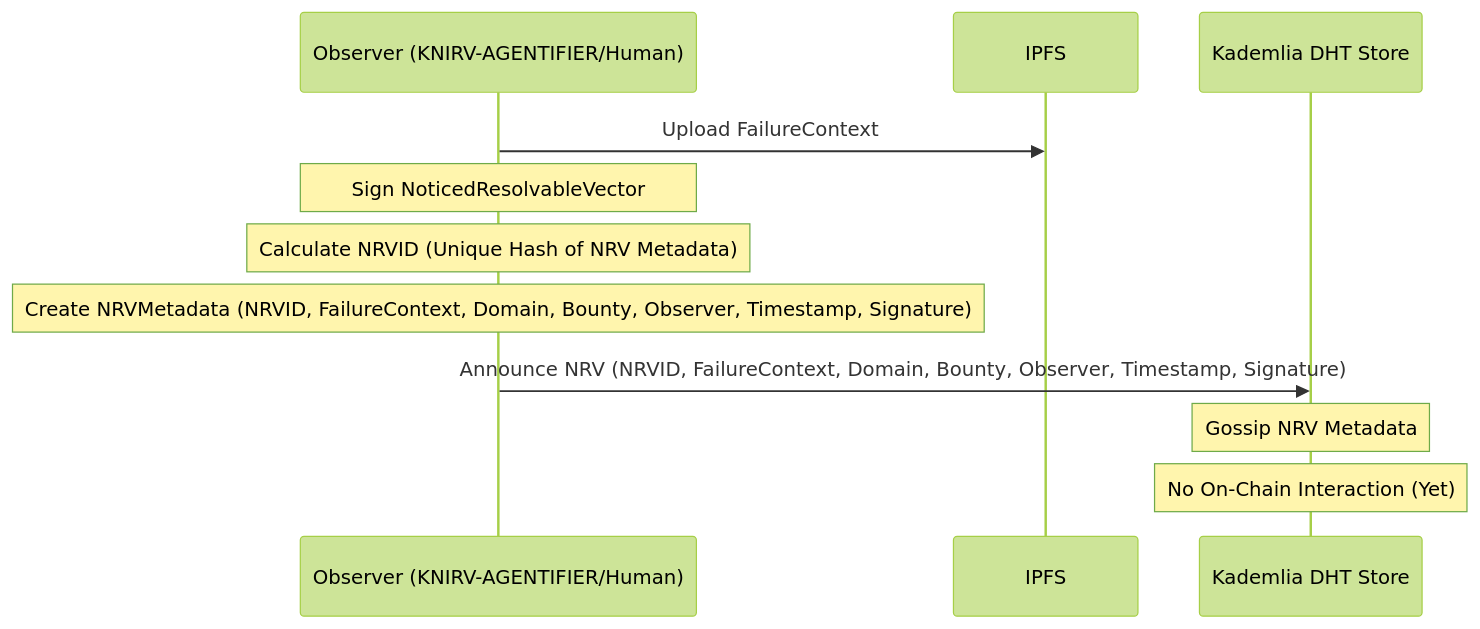
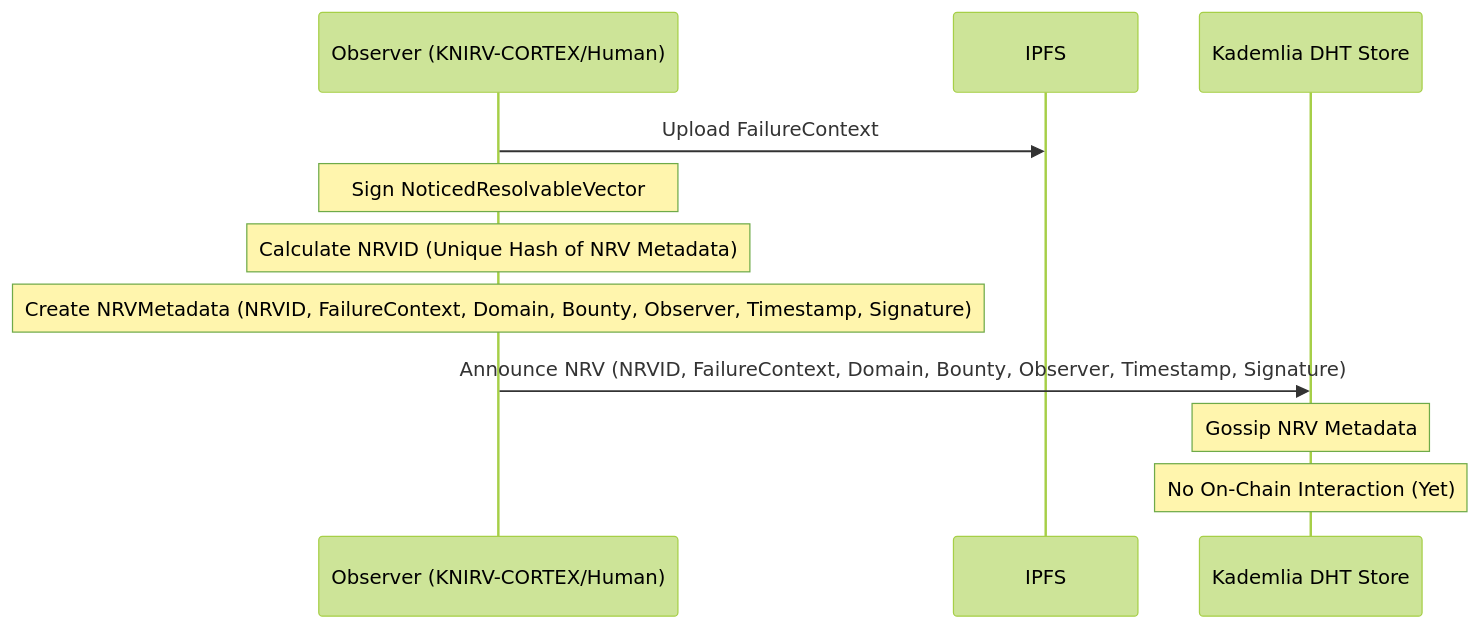
Before and after one commit to guiperry/KNIRV_NETWORK: the first of 9 diagrams in KNIRVGATEWAY/documentation/docsify/whitepapers/KNIRVGRAPH_Whitepaper.md, drawn with Mermaid (forest theme). The commit also changed other lines of this file and 441 other files, not shown here.

````diff
--- a/KNIRVGATEWAY/documentation/docsify/whitepapers/KNIRVGRAPH_Whitepaper.md
+++ b/KNIRVGATEWAY/documentation/docsify/whitepapers/KNIRVGRAPH_Whitepaper.md
@@ -110,14 +110,14 @@
 ```mermaid
 sequenceDiagram
-    participant Obs as Observer (KNIRV-AGENTIFIER/Human)
+    participant Obs as Observer (KNIRV-CORTEX/Human)
     participant IPFS
     participant DHT as Kademlia DHT Store
     
     Obs->>IPFS: Upload FailureContext
     Note over Obs: Sign NoticedResolvableVector
     Note over Obs: Calculate NRVID (Unique Hash of NRV Metadata)
     Note over Obs: Create NRVMetadata (NRVID, FailureContext, Domain, Bounty, Observer, Timestamp, Signature)
     Obs->>DHT: Announce NRV (NRVID, FailureContext, Domain, Bounty, Observer, Timestamp, Signature)
     Note over DHT: Gossip NRV Metadata
     Note over DHT: No On-Chain Interaction (Yet)
 ```
````
